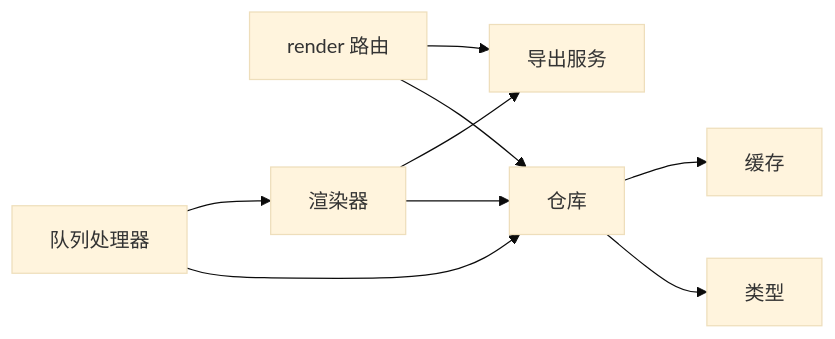
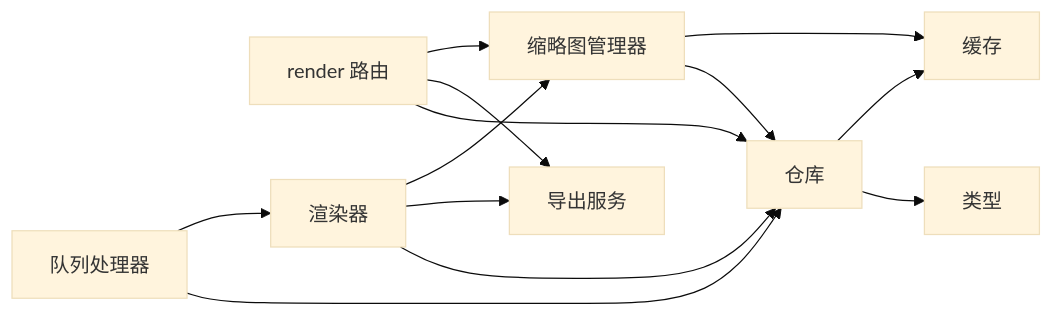
Before and after one commit to AIMFllyYS/code-video-canvas: the fifth of 5 diagrams in .qoder/repowiki/zh/content/架构设计/核心模块设计/渲染引擎设计/渲染数据仓库.md, drawn with Mermaid (base theme). The commit also changed other lines of this file and 20 other files, not shown here.

````diff
--- a/.qoder/repowiki/zh/content/架构设计/核心模块设计/渲染引擎设计/渲染数据仓库.md
+++ b/.qoder/repowiki/zh/content/架构设计/核心模块设计/渲染引擎设计/渲染数据仓库.md
@@ -270,11 +312,15 @@
 ```mermaid
 graph LR
 API["render 路由"] --> Repo["仓库"]
 API --> Export["导出服务"]
+API --> Thumbnail["缩略图管理器"]
 Repo --> Types["类型"]
 Repo --> Cache["缓存"]
 Queue["队列处理器"] --> Repo
 Queue --> Renderer["渲染器"]
 Renderer --> Repo
 Renderer --> Export
+Renderer --> Thumbnail
+Thumbnail --> Repo
+Thumbnail --> Cache
 ```
````
